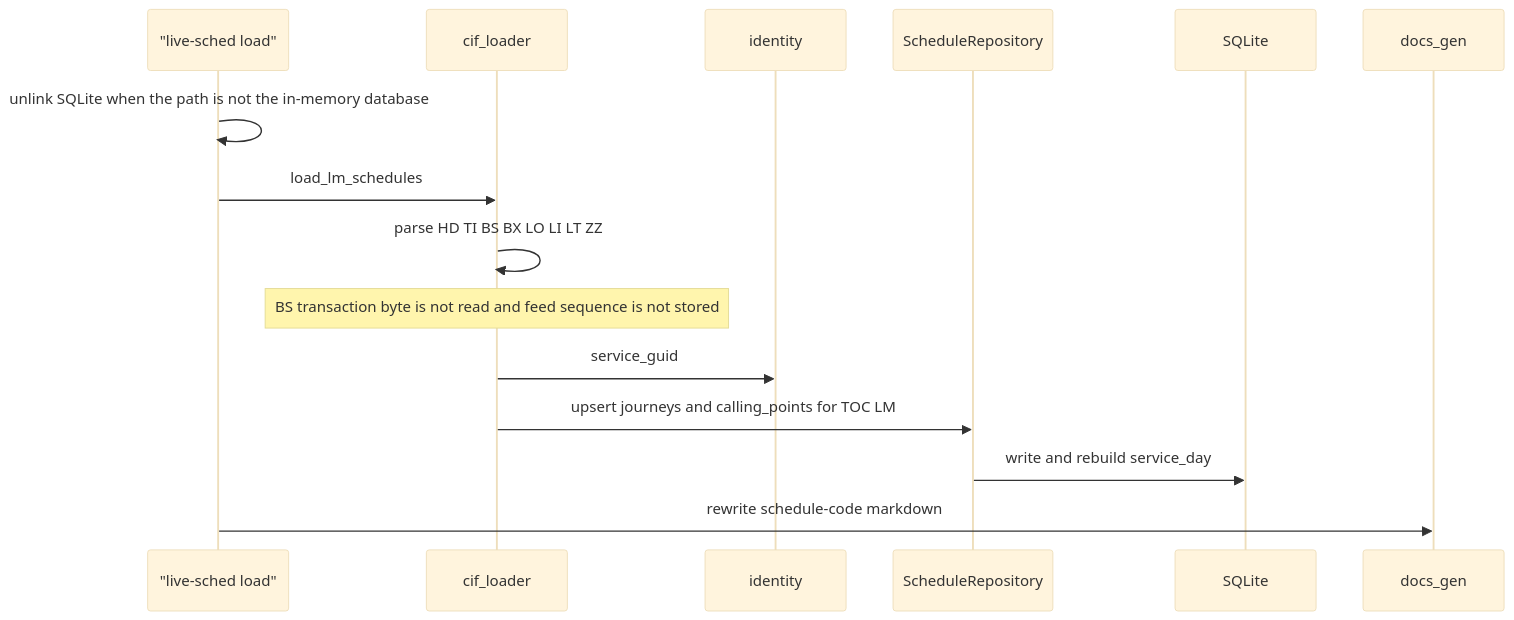
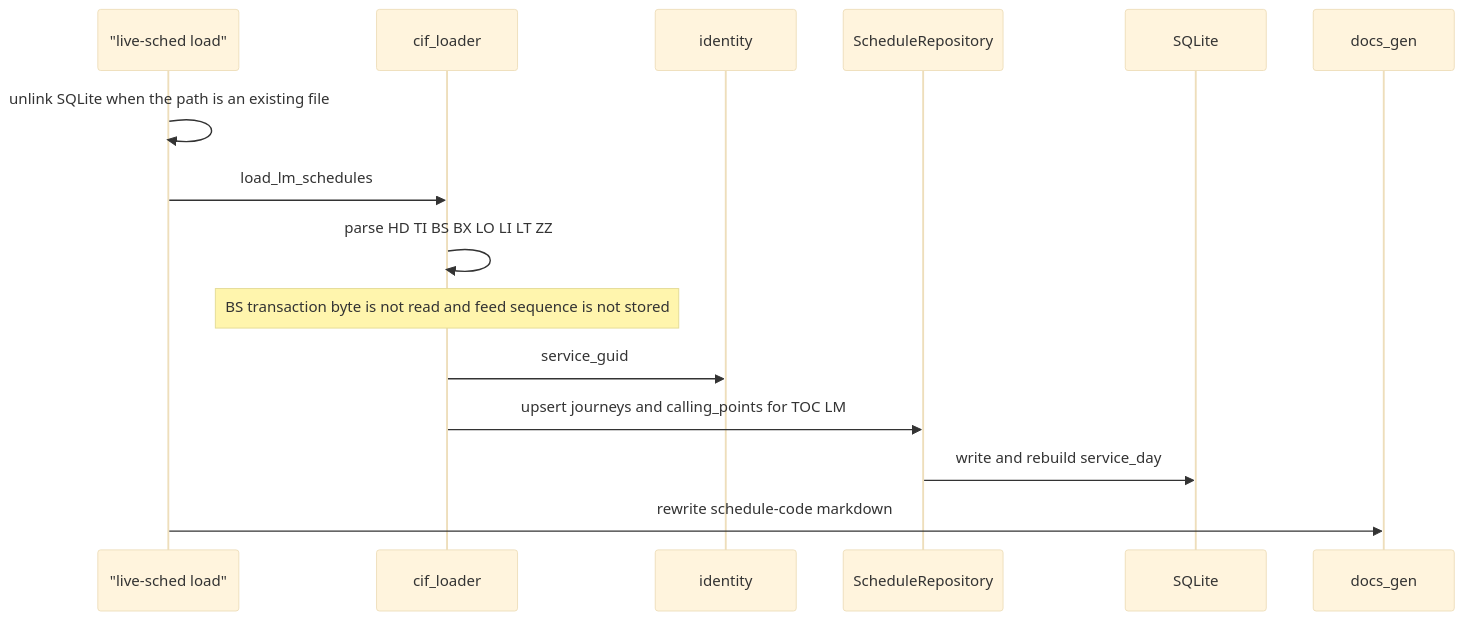
One commit to mazerunner70/uk-rail-tracker changed the second of 6 diagrams in aidlc/spaces/default/codekb/uk-rail-tracker/architecture.md. Above: the diagram before and after it, drawn with Mermaid (base theme). The commit also changed other lines of this file and 315 other files, not shown here.

````diff
--- a/aidlc/spaces/default/codekb/uk-rail-tracker/architecture.md
+++ b/aidlc/spaces/default/codekb/uk-rail-tracker/architecture.md
@@ -110,17 +113,17 @@
 ```mermaid
 sequenceDiagram
   participant CLI as "live-sched load"
   participant Loader as cif_loader
   participant Id as identity
   participant Repo as ScheduleRepository
   participant DB as SQLite
   participant Docs as docs_gen
-  CLI->>CLI: unlink SQLite when the path is not the in-memory database
+  CLI->>CLI: unlink SQLite when the path is an existing file
   CLI->>Loader: load_lm_schedules
   Loader->>Loader: parse HD TI BS BX LO LI LT ZZ
   Note over Loader: BS transaction byte is not read and feed sequence is not stored
   Loader->>Id: service_guid
   Loader->>Repo: upsert journeys and calling_points for TOC LM
   Repo->>DB: write and rebuild service_day
   CLI->>Docs: rewrite schedule-code markdown
 ```
````
